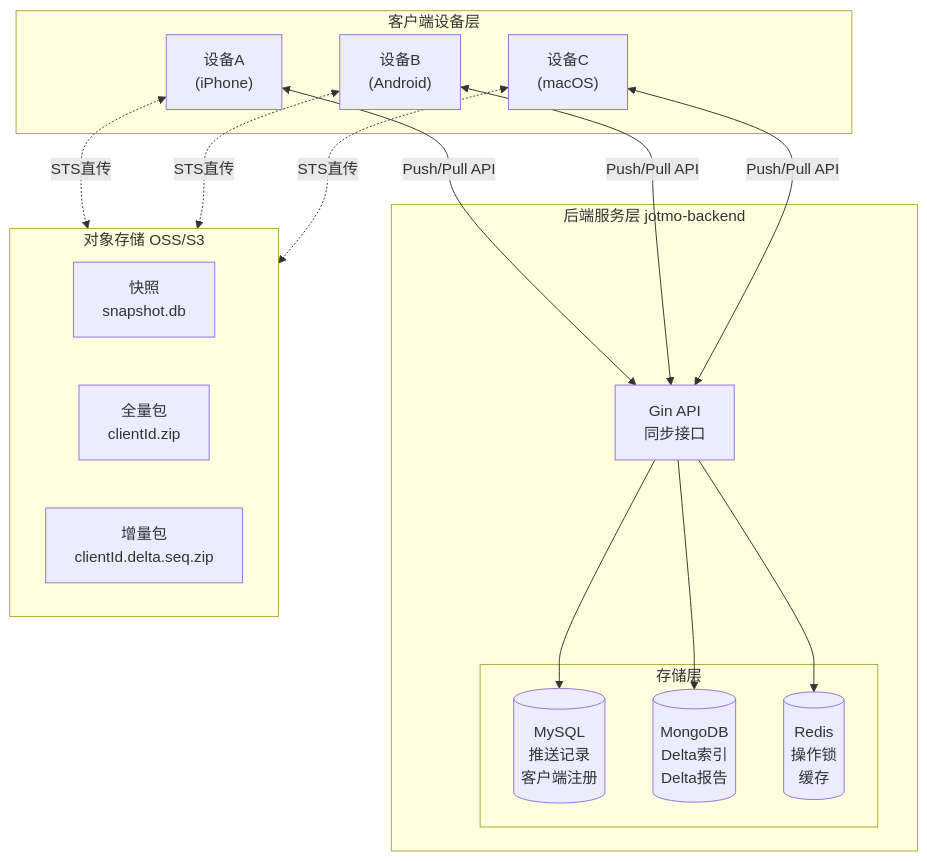
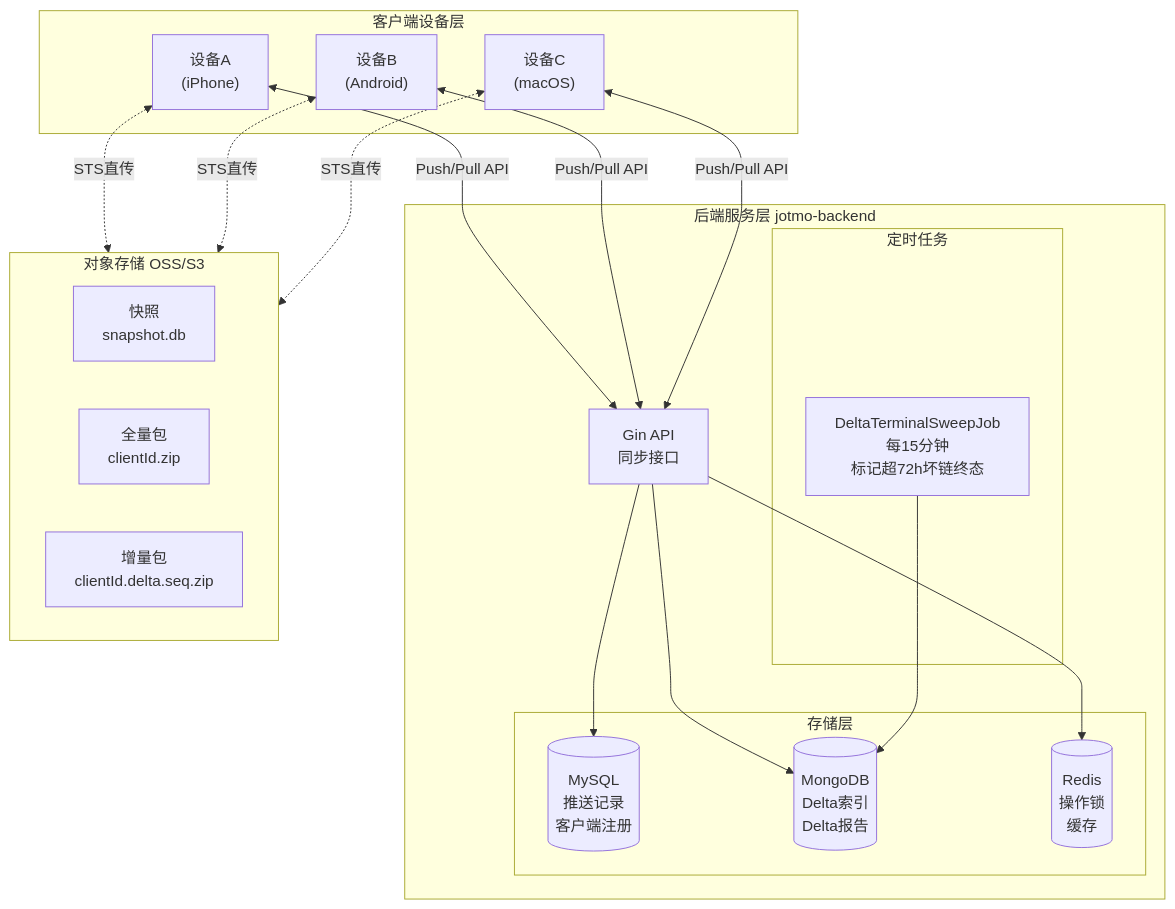
Before and after one commit to LucisXu/jotmo-skills: the first of 33 diagrams in 多端同步流程图.md, drawn with Mermaid. The commit also changed other lines of this file, not shown here.

````diff
--- a/多端同步流程图.md
+++ b/多端同步流程图.md
@@ -24,36 +24,41 @@
 ```mermaid
 flowchart TB
     subgraph Clients["客户端设备层"]
         A["设备A<br/>(iPhone)"]
         B["设备B<br/>(Android)"]
         C["设备C<br/>(macOS)"]
     end
 
     subgraph Backend["后端服务层 jotmo-backend"]
         API["Gin API<br/>同步接口"]
 
         subgraph Storage["存储层"]
             MySQL[("MySQL<br/>推送记录<br/>客户端注册")]
             MongoDB[("MongoDB<br/>Delta索引<br/>Delta报告")]
             Redis[("Redis<br/>操作锁<br/>缓存")]
         end
+
+        subgraph CronJobs["定时任务"]
+            Sweep["DeltaTerminalSweepJob<br/>每15分钟<br/>标记超72h坏链终态"]
+        end
     end
 
     subgraph OSS["对象存储 OSS/S3"]
         Snapshot["快照<br/>snapshot.db"]
         FullPack["全量包<br/>clientId.zip"]
         DeltaPack["增量包<br/>clientId.delta.seq.zip"]
     end
 
     A <-->|"Push/Pull API"| API
     B <-->|"Push/Pull API"| API
     C <-->|"Push/Pull API"| API
 
     API --> MySQL
     API --> MongoDB
     API --> Redis
+    Sweep --> MongoDB
 
     A <-.->|"STS直传"| OSS
     B <-.->|"STS直传"| OSS
     C <-.->|"STS直传"| OSS
 ```
````
